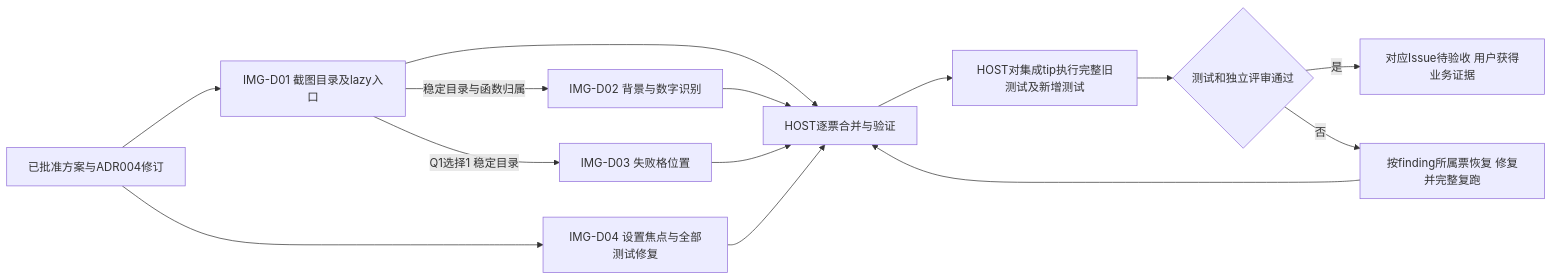
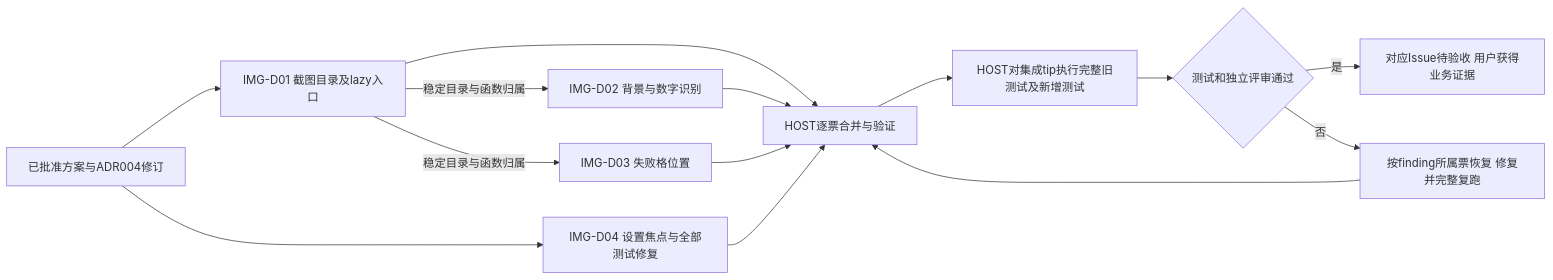
The diagram in docs/01_sprint记录/sprint01/00-联合方案决策/2026-10-07/Issue-DAG.md (jaried/shudu), drawn with Mermaid before and after one commit. The commit also changed other lines of this file and 10 other files, not shown here.

Commit message:
docs: 确认截图失败位置范围并收敛四票草案

````diff
--- a/docs/01_sprint记录/sprint01/00-联合方案决策/2026-10-07/Issue-DAG.md
+++ b/docs/01_sprint记录/sprint01/00-联合方案决策/2026-10-07/Issue-DAG.md
@@ -5,16 +5,16 @@
 ```mermaid
 flowchart LR
   A[已批准方案与ADR004修订] --> D1[IMG-D01 截图目录及lazy入口]
   A --> D4[IMG-D04 设置焦点与全部测试修复]
   D1 -- 稳定目录与函数归属 --> D2[IMG-D02 背景与数字识别]
-  D1 -- Q1选择1 稳定目录 --> D3[IMG-D03 失败格位置]
+  D1 -- 稳定目录与函数归属 --> D3[IMG-D03 失败格位置]
   D1 --> H[HOST逐票合并与验证]
   D2 --> H
   D3 --> H
   D4 --> H
   H --> G[HOST对集成tip执行完整旧测试及新增测试]
   G --> R{测试和独立评审通过}
   R -- 是 --> W[对应Issue待验收 用户获得业务证据]
   R -- 否 --> F[按finding所属票恢复 修复并完整复跑]
   F --> H
 ```
````
